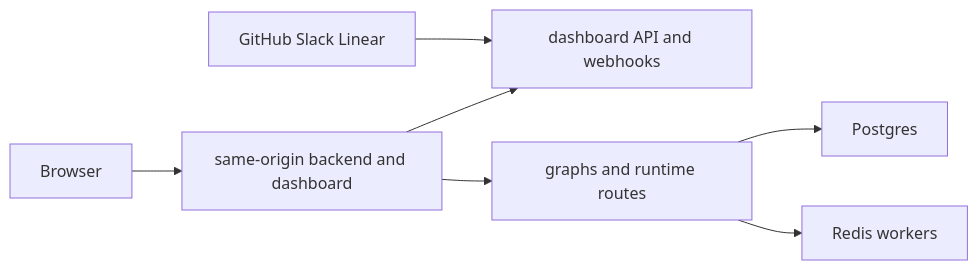
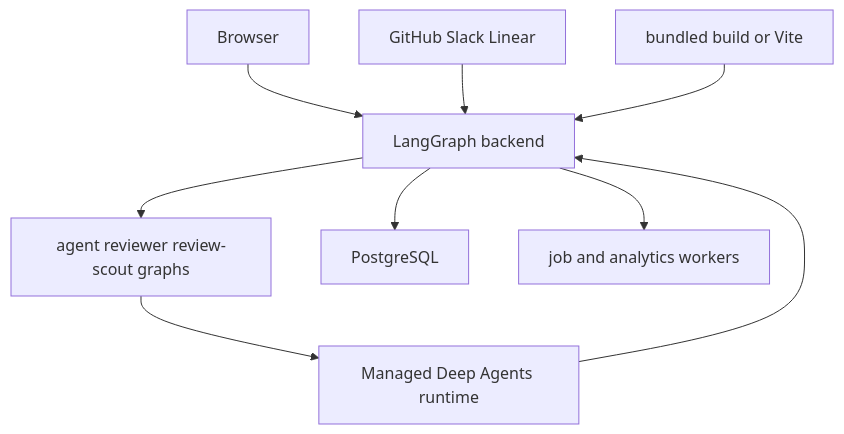
One commit to langchain-ai/open-swe changed the diagram in openwiki/operations/deployment.md. Above: the diagram before and after it, drawn with Mermaid. The commit also changed other lines of this file and 63 other files, not shown here.

````diff
--- a/openwiki/operations/deployment.md
+++ b/openwiki/operations/deployment.md
@@ -135,9 +65,11 @@
 ```mermaid
-flowchart LR
-  User["Browser"] --> Origin["same-origin backend and dashboard"]
-  Origin --> FastAPI["dashboard API and webhooks"]
-  Origin --> LangGraph["graphs and runtime routes"]
-  LangGraph --> Postgres["Postgres"]
-  LangGraph --> Redis["Redis workers"]
-  Webhook["GitHub Slack Linear"] --> FastAPI
+flowchart TD
+  Browser["Browser"] --> Backend["LangGraph backend"]
+  Webhooks["GitHub Slack Linear"] --> Backend
+  Backend --> Graphs["agent reviewer review-scout graphs"]
+  Backend --> Database["PostgreSQL"]
+  Backend --> Workers["job and analytics workers"]
+  Graphs --> MDA["Managed Deep Agents runtime"]
+  MDA --> Backend
+  Dashboard["bundled build or Vite"] --> Backend
 ```
````
